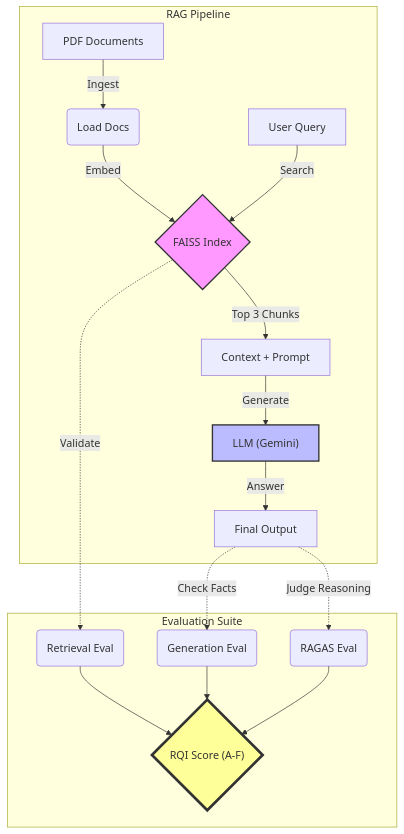
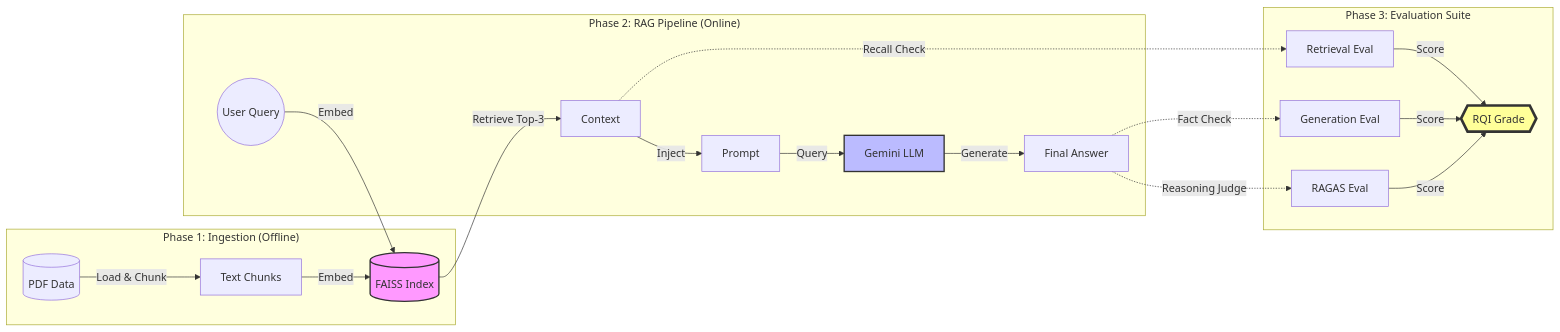
The diagram in README.md (abhi542/RAG_Evaluation_Framework), drawn with Mermaid before and after one commit.

Commit message:
Enhance architecture diagram: Horizontal layout + 3 Phases

````diff
--- a/README.md
+++ b/README.md
@@ -20,30 +20,32 @@
 ```mermaid
-graph TD
-    subgraph Pipeline ["RAG Pipeline"]
-        A["PDF Documents"] -->|Ingest| B("Load Docs")
-        B -->|Embed| C{"FAISS Index"}
-        D["User Query"] -->|Search| C
-        C -->|Top 3 Chunks| E["Context + Prompt"]
-        E -->|Generate| F["LLM (Gemini)"]
-        F -->|Answer| G["Final Output"]
+graph LR
+    %% Phase 1: Ingestion
+    subgraph Ingestion ["Phase 1: Ingestion (Offline)"]
+        A[("PDF Data")] -->|Load & Chunk| B["Text Chunks"]
+        B -->|Embed| C[("FAISS Index")]
     end
 
-    subgraph Evaluation ["Evaluation Suite"]
-        H("Retrieval Eval")
-        I("Generation Eval")
-        J("RAGAS Eval")
-        K{"RQI Score (A-F)"}
+    %% Phase 2: Runtime
+    subgraph Pipeline ["Phase 2: RAG Pipeline (Online)"]
+        Q(("User Query")) -->|Embed| C
+        C -->|Retrieve Top-3| D["Context"]
+        D -->|Inject| E["Prompt"]
+        E -->|Query| F["Gemini LLM"]
+        F -->|Generate| G["Final Answer"]
     end
 
-    C -.->|Validate| H
-    G -.->|Check Facts| I
-    G -.->|Judge Reasoning| J
-    
-    H --> K
-    I --> K
-    J --> K
+    %% Phase 3: Verification
+    subgraph Eval ["Phase 3: Evaluation Suite"]
+        D -.->|Recall Check| H["Retrieval Eval"]
+        G -.->|Fact Check| I["Generation Eval"]
+        G -.->|Reasoning Judge| J["RAGAS Eval"]
+        
+        H -->|Score| K{{"RQI Grade"}}
+        I -->|Score| K
+        J -->|Score| K
+    end
 
     style C fill:#f9f,stroke:#333,stroke-width:2px
     style F fill:#bbf,stroke:#333,stroke-width:2px
     style K fill:#ff9,stroke:#333,stroke-width:4px
 ```
````
